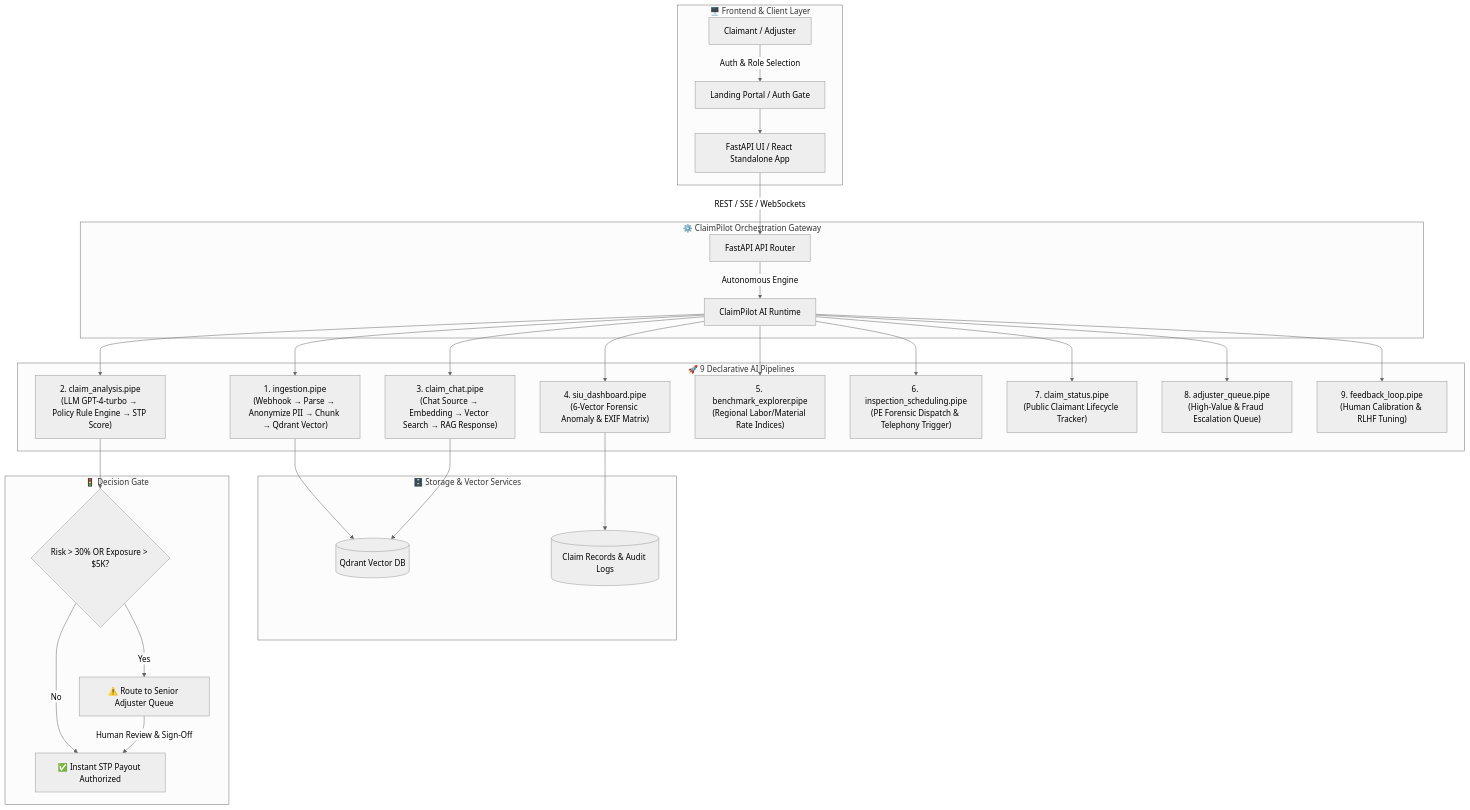
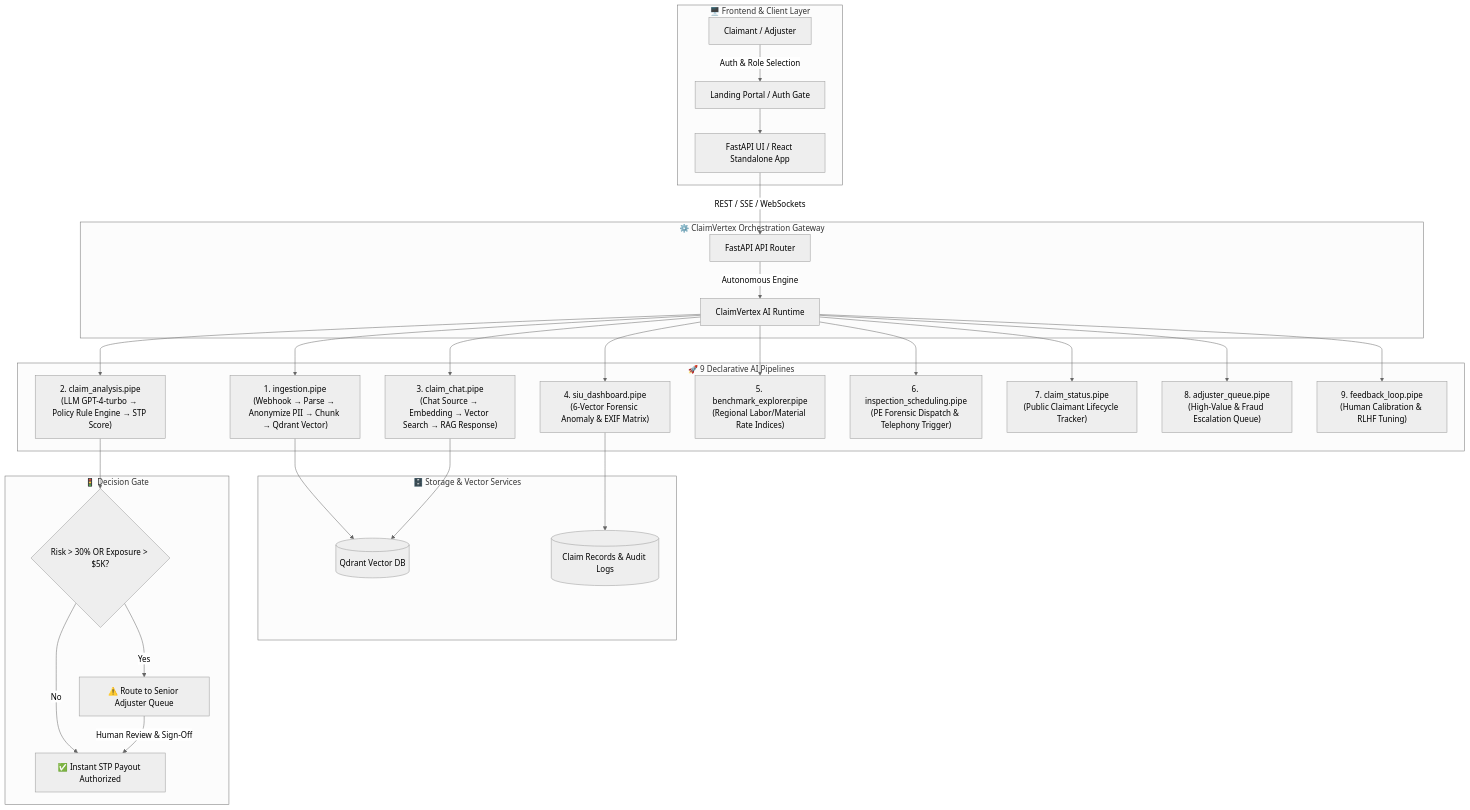
The diagram in README.md (tarunagnihotri534/ClaimVertex), drawn with Mermaid (neutral theme) before and after one commit. The commit also changed other lines of this file and 42 other files, not shown here.

Commit message:
feat: complete rebrand to ClaimVertex, implement Figma landing page, enterprise login, and unified corporate styling

````diff
--- a/README.md
+++ b/README.md
@@ -55,37 +55,37 @@
 ```mermaid
 flowchart TD
     subgraph ClientLayer["🖥️ Frontend & Client Layer"]
         A[Claimant / Adjuster] -->|Auth & Role Selection| B[Landing Portal / Auth Gate]
         B --> C[FastAPI UI / React Standalone App]
     end
 
-    subgraph CoreEngine["⚙️ ClaimPilot Orchestration Gateway"]
+    subgraph CoreEngine["⚙️ ClaimVertex Orchestration Gateway"]
         C -->|REST / SSE / WebSockets| D[FastAPI API Router]
-        D -->|Autonomous Engine| E[ClaimPilot AI Runtime]
+        D -->|Autonomous Engine| E[ClaimVertex AI Runtime]
     end
 
     subgraph PipelineDAGs["🚀 9 Declarative AI Pipelines"]
         E --> P1["1. ingestion.pipe\n(Webhook → Parse → Anonymize PII → Chunk → Qdrant Vector)"]
         E --> P2["2. claim_analysis.pipe\n(LLM GPT-4-turbo → Policy Rule Engine → STP Score)"]
         E --> P3["3. claim_chat.pipe\n(Chat Source → Embedding → Vector Search → RAG Response)"]
         E --> P4["4. siu_dashboard.pipe\n(6-Vector Forensic Anomaly & EXIF Matrix)"]
         E --> P5["5. benchmark_explorer.pipe\n(Regional Labor/Material Rate Indices)"]
         E --> P6["6. inspection_scheduling.pipe\n(PE Forensic Dispatch & Telephony Trigger)"]
         E --> P7["7. claim_status.pipe\n(Public Claimant Lifecycle Tracker)"]
         E --> P8["8. adjuster_queue.pipe\n(High-Value & Fraud Escalation Queue)"]
         E --> P9["9. feedback_loop.pipe\n(Human Calibration & RLHF Tuning)"]
     end
 
     subgraph DataStore["🗄️ Storage & Vector Services"]
         P1 --> Q[(Qdrant Vector DB)]
         P3 --> Q
         P4 --> DB[(Claim Records & Audit Logs)]
     end
 
     subgraph Decision["🚦 Decision Gate"]
         P2 --> G{Risk > 30% OR Exposure > $5K?}
         G -- No --> H[✅ Instant STP Payout Authorized]
         G -- Yes --> I[⚠️ Route to Senior Adjuster Queue]
         I -->|Human Review & Sign-Off| H
     end
 ```
````
